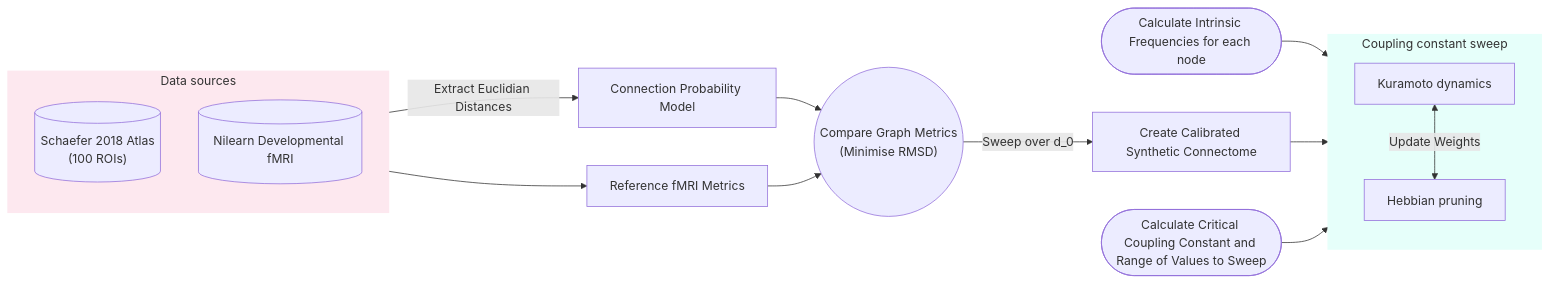
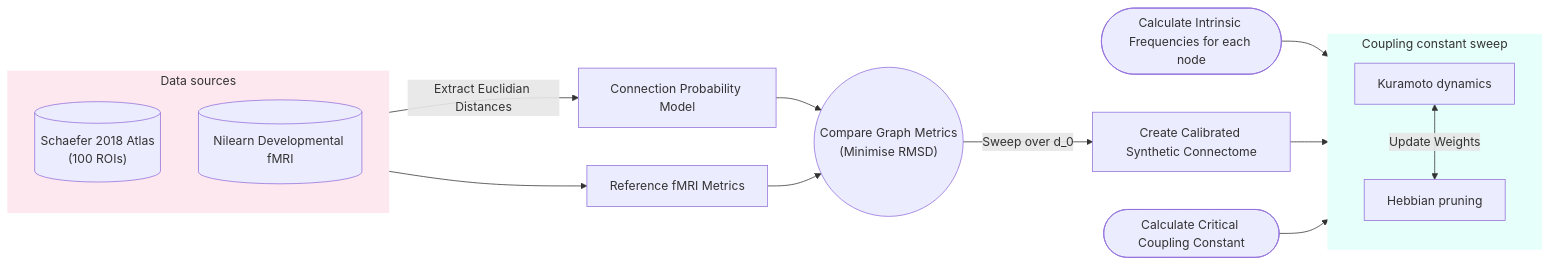
Before and after one commit to R-eya/Kuramoto-Hebbian-Style-Pruning-of-Synthetic-Connectomes: the diagram in README.md, drawn with Mermaid.

````diff
--- a/README.md
+++ b/README.md
@@ -7,27 +7,27 @@
 ```mermaid
 flowchart LR
 
     subgraph Inputs ["Data sources"]
         direction TB
         Q[("Schaefer 2018 atlas<br/>(100 ROIs)")]
         A[("Nilearn developmental fMRI")]
     end
     style Inputs fill:#e8f4fd,stroke:#2b6cb0,stroke-width:2px
 
     Q[("Schaefer 2018 Atlas <br> (100 ROIs)")] -->|Extract Euclidian Distances| W[Connection Probability Model] -->C
 
     G([Calculate Intrinsic Frequencies for each node]) --> E[Kuramoto Dynamics]
     A[(Nilearn Developmental fMRI)] -->B[Reference fMRI Metrics]--> C(("Compare Graph Metrics <br> (Minimise RMSD)" )) -->|Sweep over d_0 | D[Create Calibrated Synthetic Connectome]
     D --> E
 
-    F([Calculate Critical Coupling Constant and Range of Values to Sweep]) --> E
+    F([Calculate Critical Coupling Constant]) --> E
 
     subgraph Sweep ["Coupling constant sweep"]
         direction TB
         E["Kuramoto dynamics"]
         H["Hebbian pruning"]
         E <-->|"Update Weights"| H
     end
 style Inputs fill:#fde8ef,stroke:#fde8ef,stroke-width:2px
 style Sweep fill:#e6fffa,stroke:#e6fffa,stroke-width:2px
 ```
````
